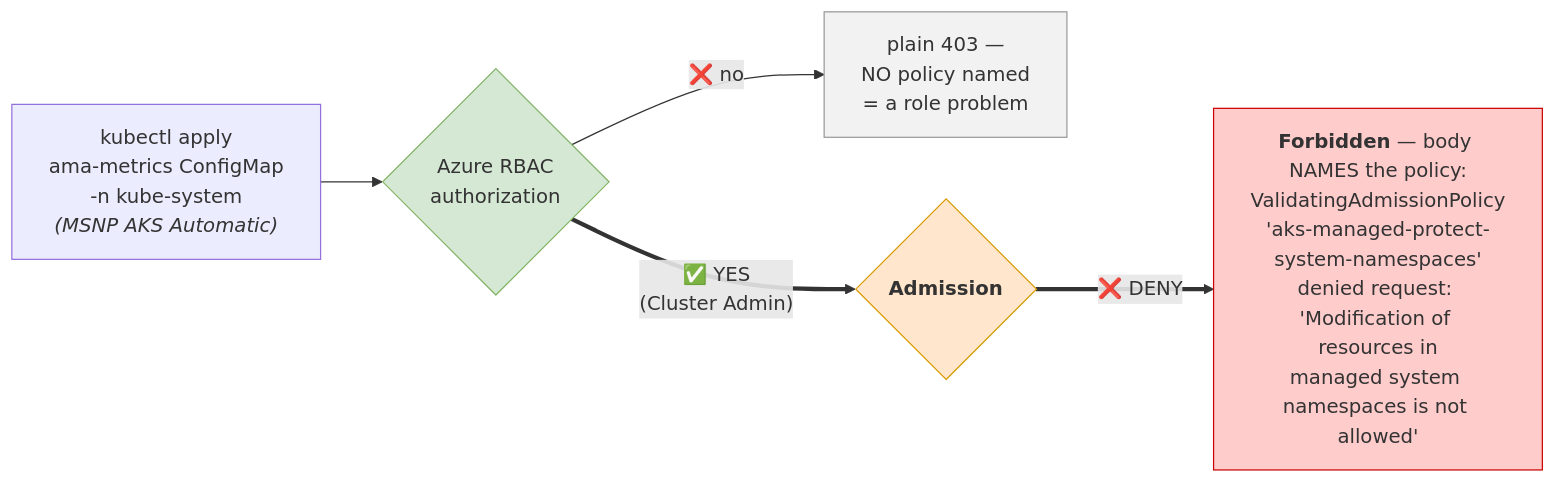
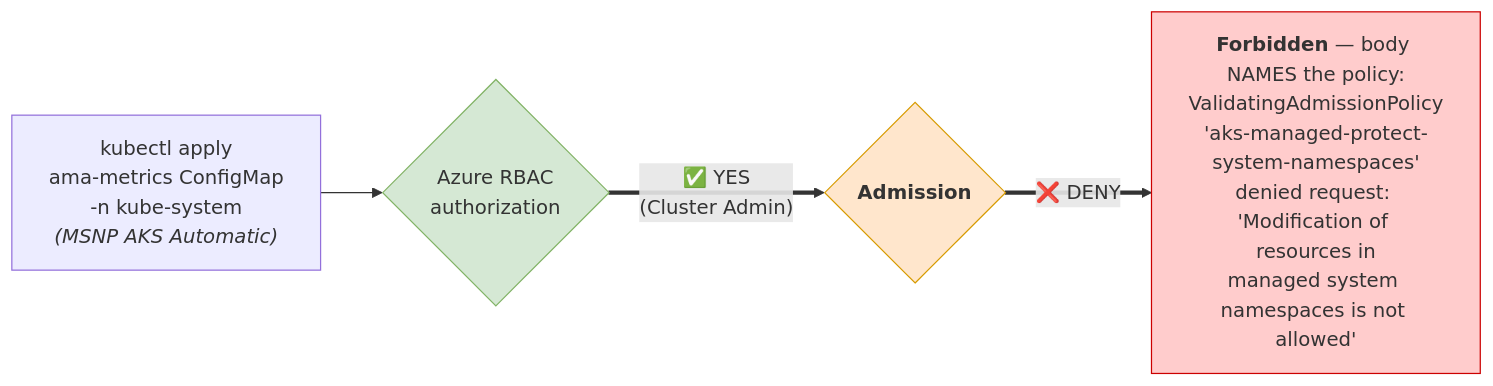
Before and after one commit to Azure/prometheus-collector: the fifth of 11 diagrams in custom-ns/doc/automatic-investigation/aks-vap-demo-diagrams.md, drawn with Mermaid. The commit also changed other lines of this file, not shown here.

````diff
--- a/custom-ns/doc/automatic-investigation/aks-vap-demo-diagrams.md
+++ b/custom-ns/doc/automatic-investigation/aks-vap-demo-diagrams.md
@@ -127,12 +147,10 @@
 ```mermaid
 flowchart LR
     U["kubectl apply<br/>ama-metrics ConfigMap<br/>-n kube-system<br/><i>(MSNP AKS Automatic)</i>"] --> Z{"Azure RBAC<br/>authorization"}
-    Z -->|"❌ no"| RB["plain 403 —<br/>NO policy named<br/>= a role problem"]
     Z ==>|"✅ YES<br/>(Cluster Admin)"| ADM{"<b>Admission</b>"}
     ADM ==>|"❌ DENY"| ERR["<b>Forbidden</b> — body NAMES the policy:<br/>ValidatingAdmissionPolicy<br/>'aks-managed-protect-system-namespaces'<br/>denied request: 'Modification of resources in<br/>managed system namespaces is not allowed'"]
 
     style Z fill:#d5e8d4,stroke:#82b366
     style ADM fill:#ffe6cc,stroke:#d79b00
     style ERR fill:#ffcccc,stroke:#c00
-    style RB fill:#f2f2f2,stroke:#999
 ```
````
